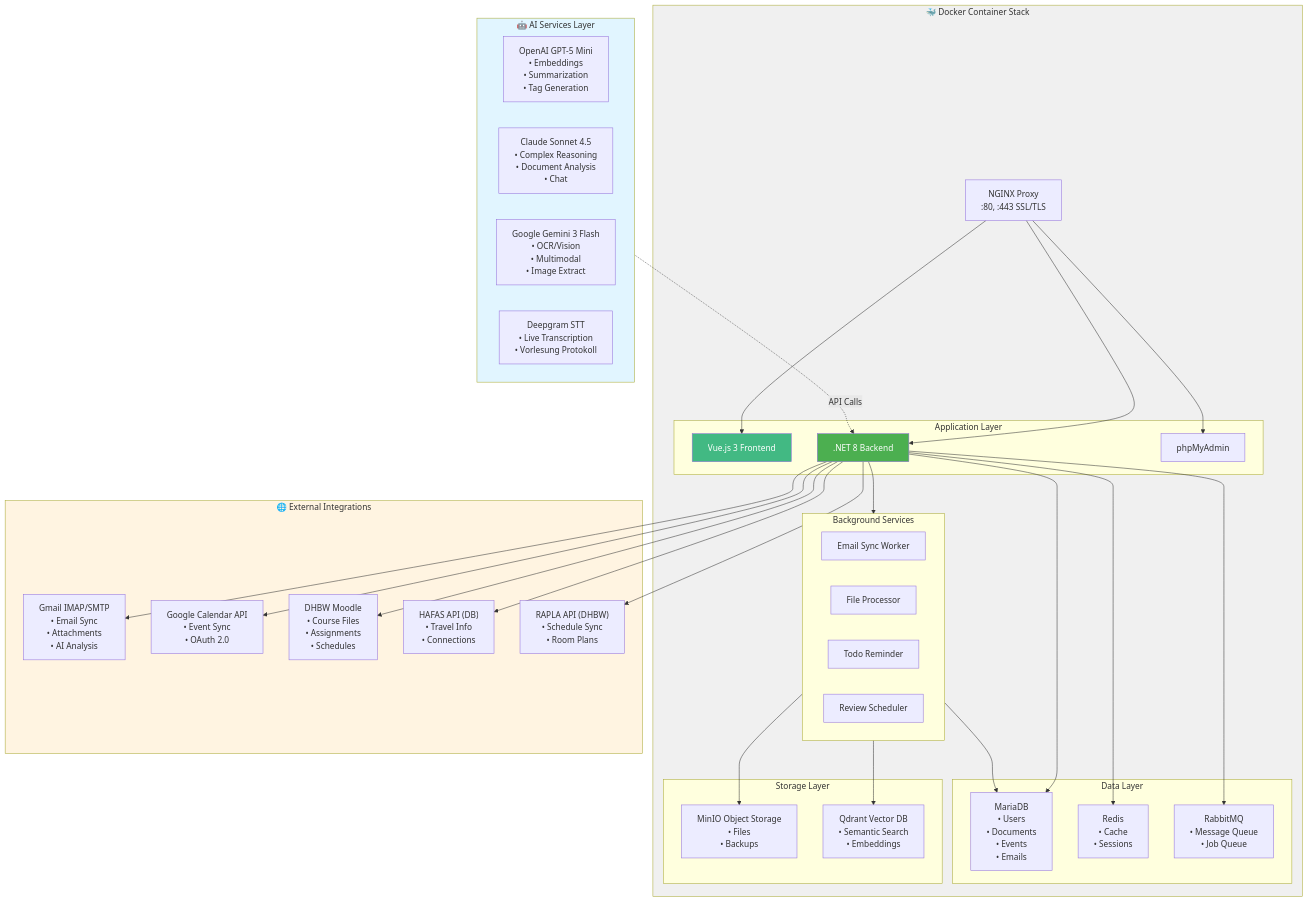
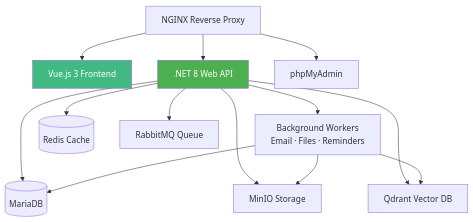
The third of 4 diagrams in README.md (DrLuggels/my_dhbw), drawn with Mermaid before and after one commit. The commit also changed other lines of this file, not shown here.

Commit message:
docs: Update system architecture diagrams for clarity and detail

````diff
--- a/README.md
+++ b/README.md
@@ -132,71 +152,20 @@
 ```mermaid
 graph TB
-    subgraph AI["🤖 AI Services Layer"]
-        OpenAI["OpenAI GPT-5 Mini<br/>• Embeddings<br/>• Summarization<br/>• Tag Generation"]
-        Claude["Claude Sonnet 4.5<br/>• Complex Reasoning<br/>• Document Analysis<br/>• Chat"]
-        Gemini["Google Gemini 3 Flash<br/>• OCR/Vision<br/>• Multimodal<br/>• Image Extract"]
-        Deepgram["Deepgram STT<br/>• Live Transcription<br/>• Vorlesung Protokoll"]
-    end
+    NGINX[NGINX Reverse Proxy] --> Frontend[Vue.js 3 Frontend]
+    NGINX --> Backend[.NET 8 Web API]
+    NGINX --> Admin[phpMyAdmin]
     
-    subgraph Docker["🐳 Docker Container Stack"]
-        NGINX["NGINX Proxy<br/>:80, :443 SSL/TLS"]
-        
-        subgraph App["Application Layer"]
-            Frontend["Vue.js 3 Frontend"]
-            Backend[".NET 8 Backend"]
-            Admin["phpMyAdmin"]
-        end
-        
-        subgraph Workers["Background Services"]
-            EmailSync["Email Sync Worker"]
-            FileProcess["File Processor"]
-            TodoReminder["Todo Reminder"]
-            Review["Review Scheduler"]
-        end
-        
-        subgraph Data["Data Layer"]
-            MariaDB["MariaDB<br/>• Users<br/>• Documents<br/>• Events<br/>• Emails"]
-            Redis["Redis<br/>• Cache<br/>• Sessions"]
-            RabbitMQ["RabbitMQ<br/>• Message Queue<br/>• Job Queue"]
-        end
-        
-        subgraph Storage["Storage Layer"]
-            MinIO["MinIO Object Storage<br/>• Files<br/>• Backups"]
-            Qdrant["Qdrant Vector DB<br/>• Semantic Search<br/>• Embeddings"]
-        end
-    end
-    
-    subgraph External["🌐 External Integrations"]
-        Gmail["Gmail IMAP/SMTP<br/>• Email Sync<br/>• Attachments<br/>• AI Analysis"]
-        GCal["Google Calendar API<br/>• Event Sync<br/>• OAuth 2.0"]
-        Moodle["DHBW Moodle<br/>• Course Files<br/>• Assignments<br/>• Schedules"]
-        HAFAS["HAFAS API (DB)<br/>• Travel Info<br/>• Connections"]
-        RAPLA["RAPLA API (DHBW)<br/>• Schedule Sync<br/>• Room Plans"]
-    end
-    
-    AI -.API Calls.-> Backend
-    NGINX --> Frontend
-    NGINX --> Backend
-    NGINX --> Admin
-    
-    Backend --> Workers
-    Backend --> MariaDB
-    Backend --> Redis
-    Backend --> RabbitMQ
+    Backend --> Workers[Background Workers<br/>Email · Files · Reminders]
+    Backend --> MariaDB[(MariaDB)]
+    Backend --> Redis[(Redis Cache)]
+    Backend --> RabbitMQ[RabbitMQ Queue]
+    Backend --> MinIO[MinIO Storage]
+    Backend --> Qdrant[Qdrant Vector DB]
     
     Workers --> MariaDB
     Workers --> MinIO
     Workers --> Qdrant
     
-    Backend --> Gmail
-    Backend --> GCal
-    Backend --> Moodle
-    Backend --> HAFAS
-    Backend --> RAPLA
-    
-    style AI fill:#e1f5ff
-    style Docker fill:#f0f0f0
-    style External fill:#fff4e1
     style Backend fill:#4CAF50,color:#fff
     style Frontend fill:#42b983,color:#fff
 ```
````
